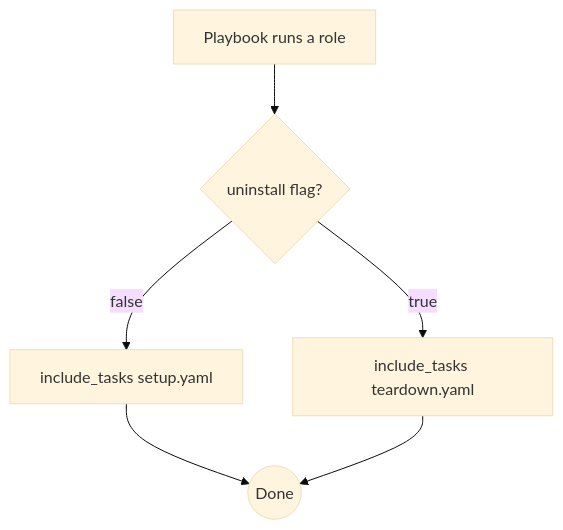
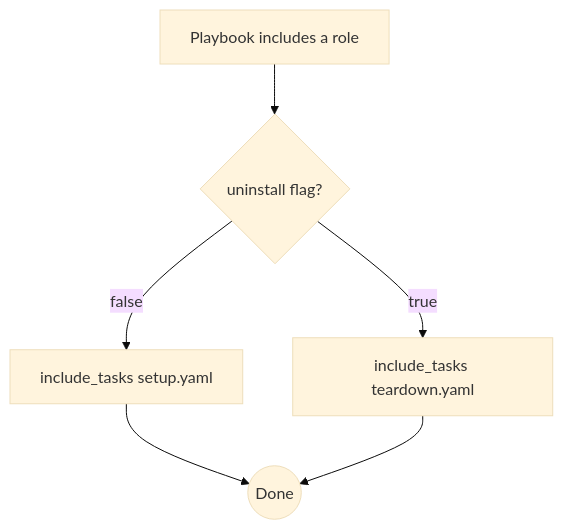
Before and after one commit to this-oliver/homelab: the fourth of 6 diagrams in docs/architecture.md, drawn with Mermaid (base theme). The commit also changed other lines of this file and 13 other files, not shown here.

````diff
--- a/docs/architecture.md
+++ b/docs/architecture.md
@@ -80,8 +123,8 @@
 ```mermaid
 flowchart TD
-    Run[Playbook runs a role] --> Gate{uninstall flag?}
+    Run[Playbook includes a role] --> Gate{uninstall flag?}
     Gate -- false --> Setup[include_tasks setup.yaml]
     Gate -- true --> Teardown[include_tasks teardown.yaml]
     Setup --> Done((Done))
     Teardown --> Done
 ```
````
